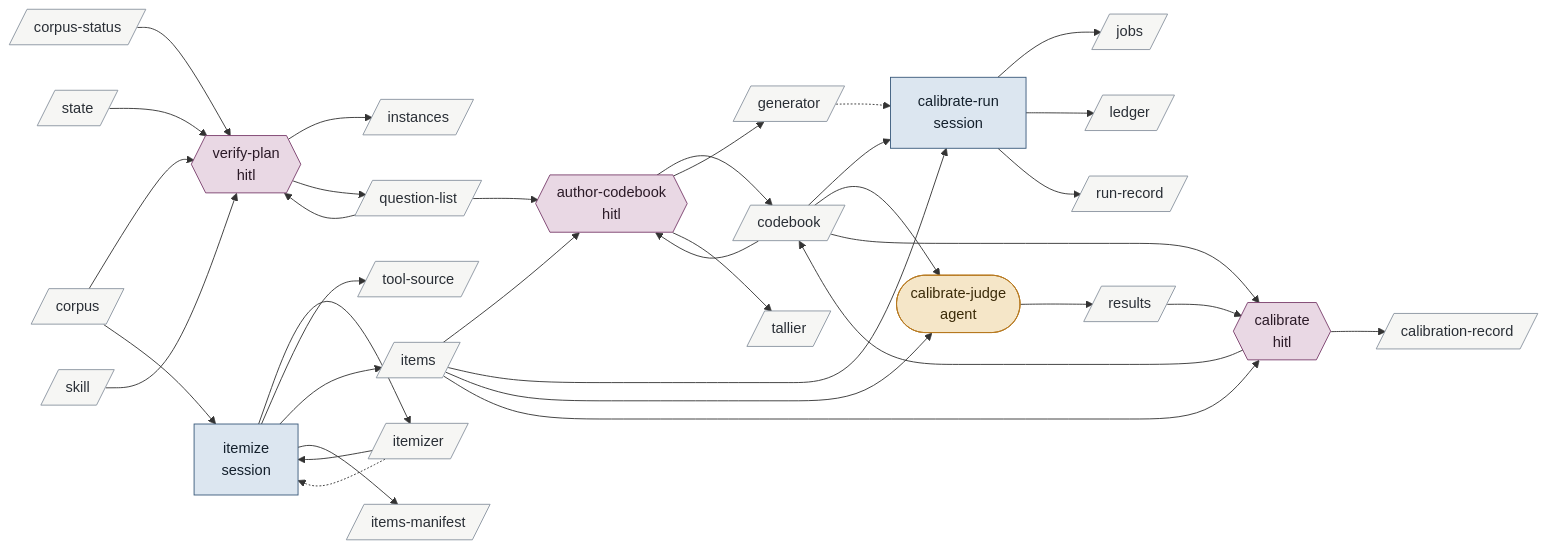
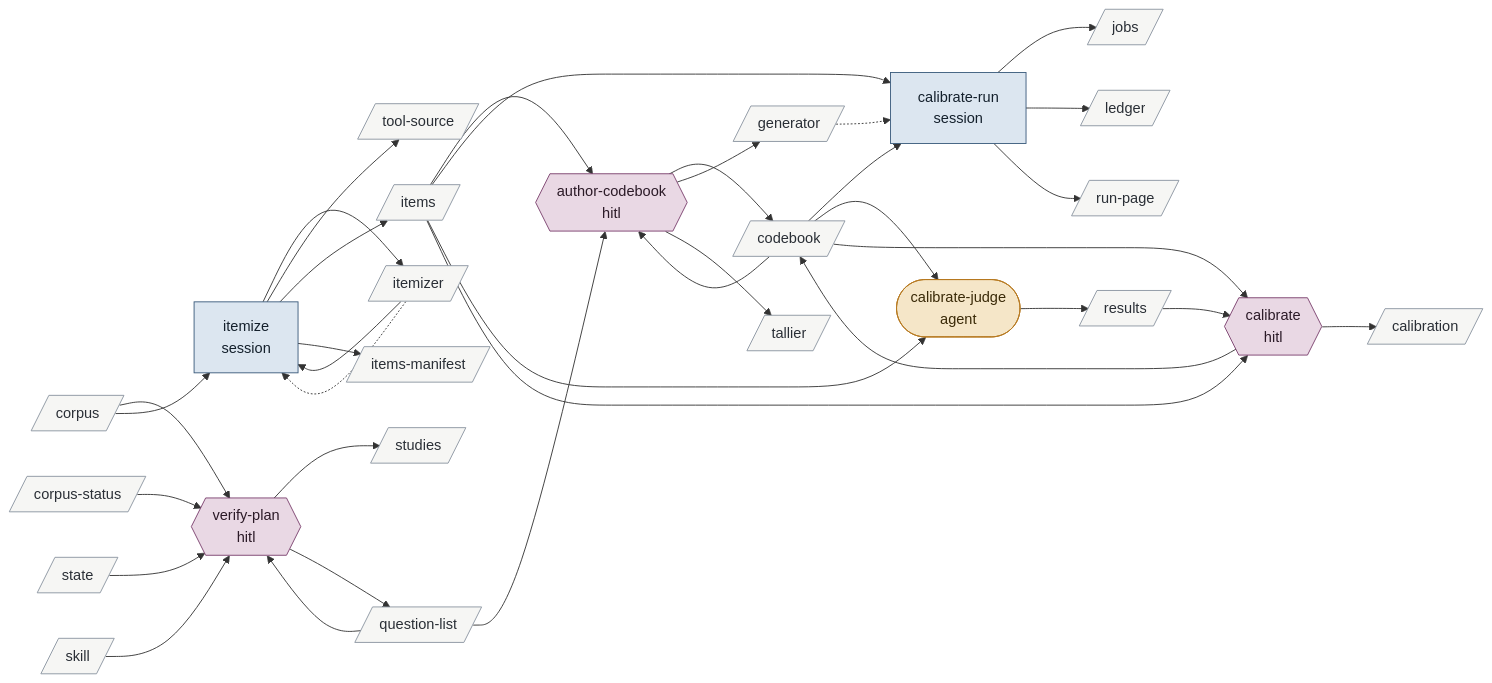
The ninth of 15 diagrams in .claude/skills/v3-buildout-2/map.md (bc414/StoryPlanner), drawn with Mermaid before and after one commit. The commit also changed other lines of this file and 32 other files, not shown here.

````diff
--- a/.claude/skills/v3-buildout-2/map.md
+++ b/.claude/skills/v3-buildout-2/map.md
@@ -347,68 +347,68 @@
 ```mermaid
 flowchart LR
   classDef hitl fill:#e9d8e4,stroke:#7a3e6d,color:#2b1a27
   classDef session fill:#dce6f0,stroke:#3b5b7c,color:#14202c
   classDef agent fill:#f5e6c8,stroke:#b7791f,color:#3a2a08
   classDef artifact fill:#f6f6f4,stroke:#8a94a0,color:#2a2f36
   classDef activity fill:#dcebdd,stroke:#4b7f52,color:#122816
   classDef terminus fill:#e4e4ea,stroke:#5b5b7a,color:#1c1c2c
   verifyplan{{"verify-plan<br/>hitl"}}:::hitl
   itemize["itemize<br/>session"]:::session
   authorcodebook{{"author-codebook<br/>hitl"}}:::hitl
   calibraterun["calibrate-run<br/>session"]:::session
   calibratejudge(["calibrate-judge<br/>agent"]):::agent
   calibrate{{"calibrate<br/>hitl"}}:::hitl
-  calibrationrecord[/"calibration-record"/]:::artifact
+  calibration[/"calibration"/]:::artifact
   codebook[/"codebook"/]:::artifact
   corpus[/"corpus"/]:::artifact
   corpusstatus[/"corpus-status"/]:::artifact
   generator[/"generator"/]:::artifact
-  instances[/"instances"/]:::artifact
   itemizer[/"itemizer"/]:::artifact
   items[/"items"/]:::artifact
   itemsmanifest[/"items-manifest"/]:::artifact
   jobs[/"jobs"/]:::artifact
   ledger[/"ledger"/]:::artifact
   questionlist[/"question-list"/]:::artifact
   results[/"results"/]:::artifact
-  runrecord[/"run-record"/]:::artifact
+  runpage[/"run-page"/]:::artifact
   skill[/"skill"/]:::artifact
   state[/"state"/]:::artifact
+  studies[/"studies"/]:::artifact
   tallier[/"tallier"/]:::artifact
   toolsource[/"tool-source"/]:::artifact
 
   questionlist --> verifyplan
   corpusstatus --> verifyplan
   corpus --> verifyplan
   state --> verifyplan
   skill --> verifyplan
-  verifyplan --> instances
+  verifyplan --> studies
   verifyplan --> questionlist
   corpus --> itemize
   itemizer --> itemize
   itemizer -.-> itemize
   itemize --> itemizer
   itemize --> toolsource
   itemize --> items
   itemize --> itemsmanifest
   questionlist --> authorcodebook
   items --> authorcodebook
   codebook --> authorcodebook
   authorcodebook --> codebook
   authorcodebook --> generator
   authorcodebook --> tallier
   codebook --> calibraterun
   items --> calibraterun
   generator -.-> calibraterun
   calibraterun --> jobs
   calibraterun --> ledger
-  calibraterun --> runrecord
+  calibraterun --> runpage
   codebook --> calibratejudge
   items --> calibratejudge
   calibratejudge --> results
   items --> calibrate
   results --> calibrate
   codebook --> calibrate
-  calibrate --> calibrationrecord
+  calibrate --> calibration
   calibrate --> codebook
 ```
````
